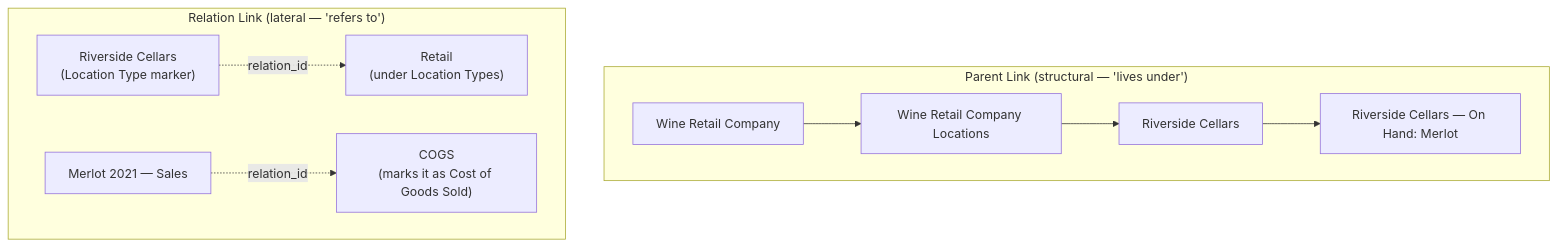
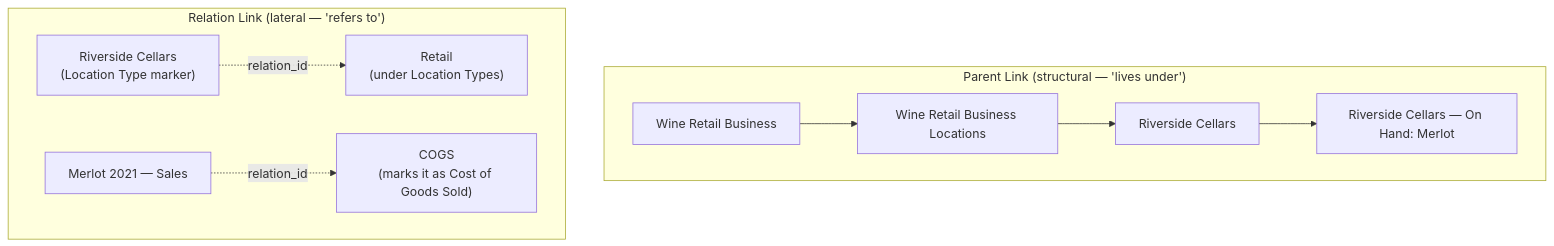
The diagram in docs/diagrams/parent-vs-relation-link.mmd (relatingdata/SQLite-ledger-ts), drawn with Mermaid before and after one commit. The commit also changed 11 other files, not shown here.

```diff
--- a/docs/diagrams/parent-vs-relation-link.mmd
+++ b/docs/diagrams/parent-vs-relation-link.mmd
@@ -1,10 +1,10 @@
 graph TB
     subgraph "Parent Link (structural — 'lives under')"
-        A["Wine Retail Company"] --> B["Wine Retail Company Locations"]
+        A["Wine Retail Business"] --> B["Wine Retail Business Locations"]
         B --> C["Riverside Cellars"]
         C --> D["Riverside Cellars — On Hand: Merlot"]
     end
     subgraph "Relation Link (lateral — 'refers to')"
         E["Riverside Cellars<br/>(Location Type marker)"] -.relation_id.-> F["Retail<br/>(under Location Types)"]
         G["Merlot 2021 — Sales"] -.relation_id.-> H["COGS<br/>(marks it as Cost of Goods Sold)"]
     end
```
